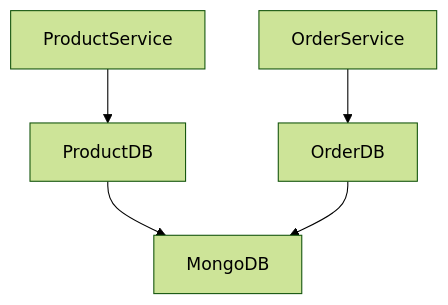
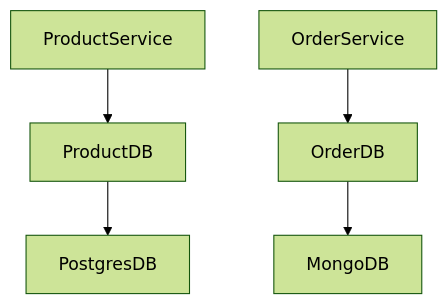
Before and after one commit to Ayyah-Coded/Grandis-Commerce: the fifth of 6 diagrams in README.md, drawn with Mermaid (forest theme). The commit also changed other lines of this file, not shown here.

````diff
--- a/README.md
+++ b/README.md
@@ -263,7 +262,7 @@
 ```mermaid
 graph TD
 ProductService --> ProductDB
 OrderService --> OrderDB
-ProductDB --> MongoDB
+ProductDB --> PostgresDB
 OrderDB --> MongoDB
 ```
````
